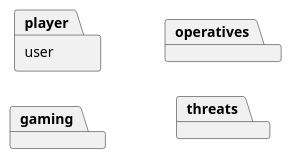
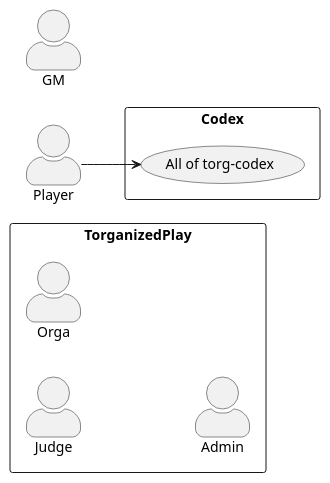
The fourth of 6 diagrams in src/main/docs/src/03_system_scope_and_context.adoc (Paladins-Inn/torganized-play-architecture), drawn with PlantUML before and after one commit. The commit also changed other lines of this file and 13 other files, not shown here.

Commit message:
Lots of new diagrams for documenting the context of DCIS.

```diff
--- a/src/main/docs/src/03_system_scope_and_context.adoc
+++ b/src/main/docs/src/03_system_scope_and_context.adoc
@@ -27,13 +151,23 @@
-[plantuml,technical-context,svg]
+[plantuml,business-context-codex,svg]
 ....
 @startuml
 left to right direction
 skinparam actorStyle awesome
 
-package user as player
-package gaming
-package operatives
-package threats
+actor Player as player
+actor GM as gm
+
+rectangle TorganizedPlay {
+    actor Judge as judge
+    actor Orga as orga
+    actor Admin as admin
+}
+
+rectangle Codex {
+    usecase "All of torg-codex" as codex
+}
+
+player --> codex
 
 @enduml
 ....
```
